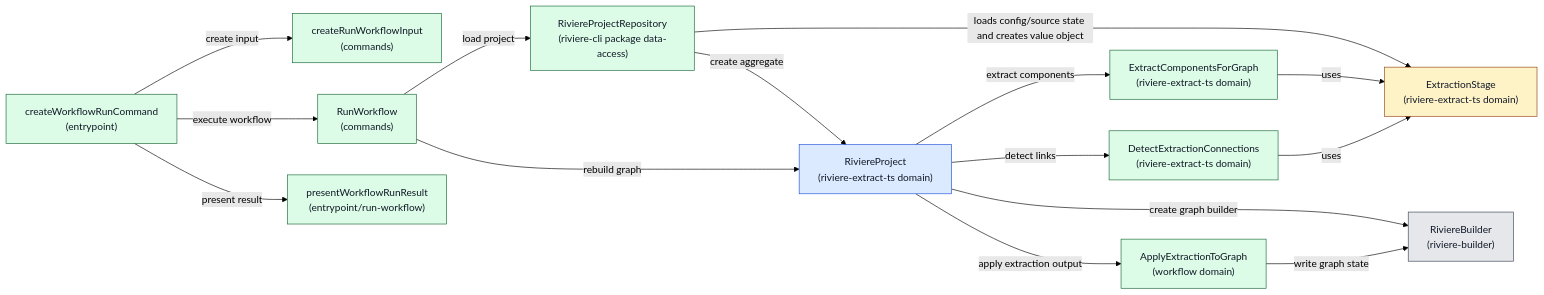
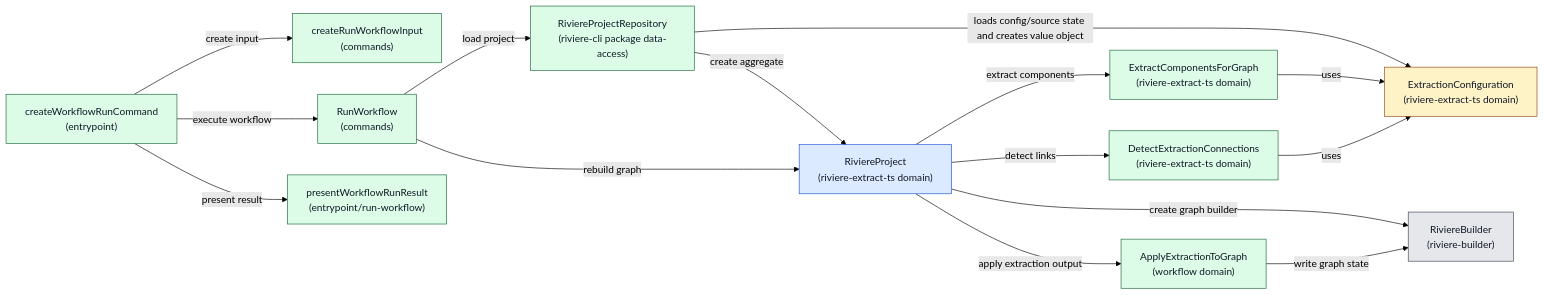
One commit to NTCoding/living-architecture changed the second of 5 diagrams in docs/project/PRD/riviere-extraction-workflows-v1/ARCH.md. Above: the diagram before and after it, drawn with Mermaid (forest theme). The commit also changed other lines of this file and 43 other files, not shown here.

````diff
--- a/docs/project/PRD/riviere-extraction-workflows-v1/ARCH.md
+++ b/docs/project/PRD/riviere-extraction-workflows-v1/ARCH.md
@@ -206,46 +206,46 @@
 ```mermaid
 flowchart LR
   entrypoint["createWorkflowRunCommand<br/>(entrypoint)"]
   inputFactory["createRunWorkflowInput<br/>(commands)"]
   useCase["RunWorkflow<br/>(commands)"]
   repository["RiviereProjectRepository<br/>(riviere-cli package data-access)"]
-  extractionStage["ExtractionStage<br/>(riviere-extract-ts domain)"]
+  extractionStage["ExtractionConfiguration<br/>(riviere-extract-ts domain)"]
   extractComponents["ExtractComponentsForGraph<br/>(riviere-extract-ts domain)"]
   detectConnections["DetectExtractionConnections<br/>(riviere-extract-ts domain)"]
   project["RiviereProject<br/>(riviere-extract-ts domain)"]
   builder["RiviereBuilder<br/>(riviere-builder)"]
   applyExtractionToGraph["ApplyExtractionToGraph<br/>(workflow domain)"]
   formatter["presentWorkflowRunResult<br/>(entrypoint/run-workflow)"]
 
   entrypoint -->|create input| inputFactory
   entrypoint -->|execute workflow| useCase
   useCase -->|load project| repository
   repository -->|loads config/source state and creates value object| extractionStage
   repository -->|create aggregate| project
   useCase -->|rebuild graph| project
   project -->|create graph builder| builder
   project -->|extract components| extractComponents
   project -->|detect links| detectConnections
   extractComponents -->|uses| extractionStage
   detectConnections -->|uses| extractionStage
   project -->|apply extraction output| applyExtractionToGraph
   applyExtractionToGraph -->|write graph state| builder
   entrypoint -->|present result| formatter
 
   classDef statusExisting fill:#e5e7eb,stroke:#374151,color:#111827
   classDef statusChanged fill:#fef3c7,stroke:#92400e,color:#111827
   classDef statusNew fill:#dcfce7,stroke:#166534,color:#111827
   classDef statusRequiresRoleChange fill:#dbeafe,stroke:#1d4ed8,color:#111827
   class entrypoint statusNew
   class inputFactory statusNew
   class useCase statusNew
   class repository statusNew
   class extractionStageMaterializer statusRequiresRoleChange
   class extractionStage statusChanged
   class extractComponents statusNew
   class detectConnections statusNew
   class project statusRequiresRoleChange
   class builder statusExisting
   class applyExtractionToGraph statusNew
   class formatter statusNew
 ```
````
